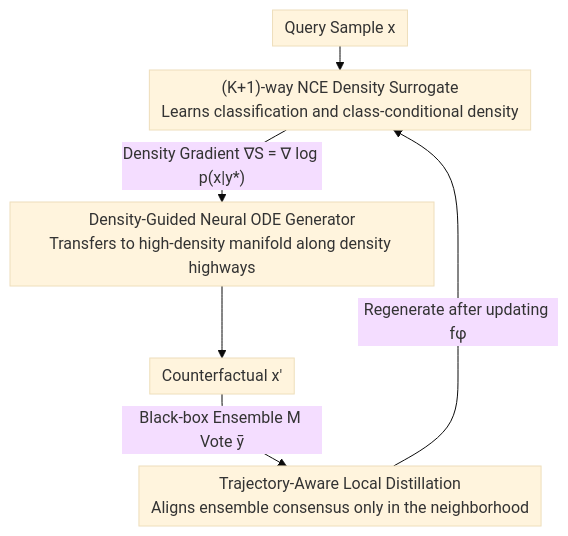
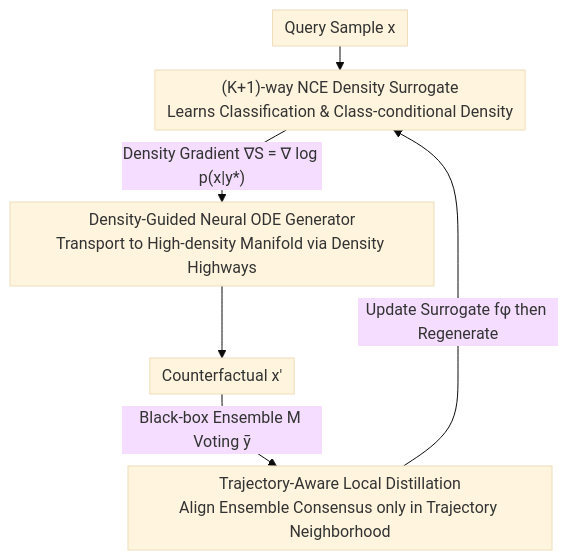
Before and after one commit to zhaoyang97/Paper-Notes-en: the diagram in docs/ICML2026/causal_inference/density-guided_robust_counterfactual_explanations_on_tabular_data_under_model_mu.md, drawn with Mermaid (base theme). The commit also changed other lines of this file and 5084 other files, not shown here.

````diff
--- a/docs/ICML2026/causal_inference/density-guided_robust_counterfactual_explanations_on_tabular_data_under_model_mu.md
+++ b/docs/ICML2026/causal_inference/density-guided_robust_counterfactual_explanations_on_tabular_data_under_model_mu.md
@@ -43,9 +43,9 @@
 ```mermaid
 %%{init: {'flowchart': {'rankSpacing': 24, 'nodeSpacing': 28, 'padding': 6, 'wrappingWidth': 400}}}%%
 flowchart TD
-    A["Query Sample x"] --> B["(K+1)-way NCE Density Surrogate<br/>Learns classification and class-conditional density"]
-    B -->|"Density Gradient ∇S = ∇ log p(x|y*)"| C["Density-Guided Neural ODE Generator<br/>Transfers to high-density manifold along density highways"]
+    A["Query Sample x"] --> B["(K+1)-way NCE Density Surrogate<br/>Learns Classification & Class-conditional Density"]
+    B -->|"Density Gradient ∇S = ∇ log p(x|y*)"| C["Density-Guided Neural ODE Generator<br/>Transport to High-density Manifold via Density Highways"]
     C --> D["Counterfactual x'"]
-    D -->|"Black-box Ensemble M Vote ȳ"| E["Trajectory-Aware Local Distillation<br/>Aligns ensemble consensus only in the neighborhood"]
-    E -->|"Regenerate after updating fφ"| B
+    D -->|"Black-box Ensemble M Voting ȳ"| E["Trajectory-Aware Local Distillation<br/>Align Ensemble Consensus only in Trajectory Neighborhood"]
+    E -->|"Update Surrogate fφ then Regenerate"| B
 ```
````
